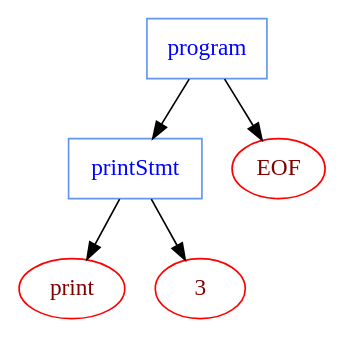
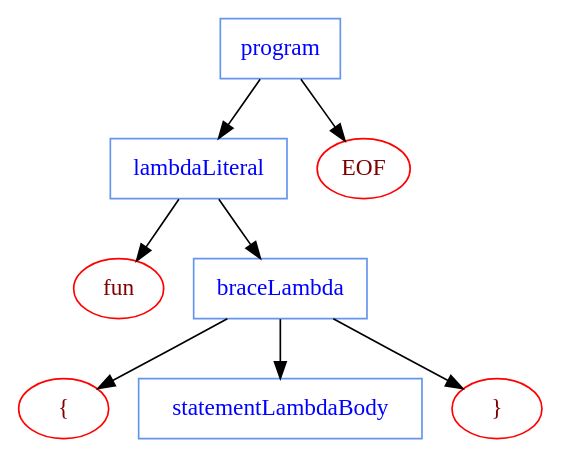
The diagram in tree.dot (fractioneater/flicker3), drawn with Graphviz before and after one commit. The commit also changed 4 other files, not shown here.

```diff
--- a/tree.dot
+++ b/tree.dot
@@ -1,13 +1,19 @@
 digraph ParseTree {
   rankdir=TB;
   node [fontname="Iosevka Term SS09"];
   n0 [label="program", shape=box, color=cornflowerblue, fontcolor=blue];
-  n1 [label="printStmt", shape=box, color=cornflowerblue, fontcolor=blue];
+  n1 [label="lambdaLiteral", shape=box, color=cornflowerblue, fontcolor=blue];
   n0 -> n1;
-  n2 [label="print", shape=ellipse, color=red, fontcolor=maroon];
+  n2 [label="fun", shape=ellipse, color=red, fontcolor=maroon];
   n1 -> n2;
-  n3 [label="3", shape=ellipse, color=red, fontcolor=maroon];
+  n3 [label="braceLambda", shape=box, color=cornflowerblue, fontcolor=blue];
   n1 -> n3;
-  n4 [label="EOF", shape=ellipse, color=red, fontcolor=maroon];
-  n0 -> n4;
+  n4 [label="{", shape=ellipse, color=red, fontcolor=maroon];
+  n3 -> n4;
+  n5 [label="statementLambdaBody", shape=box, color=cornflowerblue, fontcolor=blue];
+  n3 -> n5;
+  n6 [label="}", shape=ellipse, color=red, fontcolor=maroon];
+  n3 -> n6;
+  n7 [label="EOF", shape=ellipse, color=red, fontcolor=maroon];
+  n0 -> n7;
 }
```
